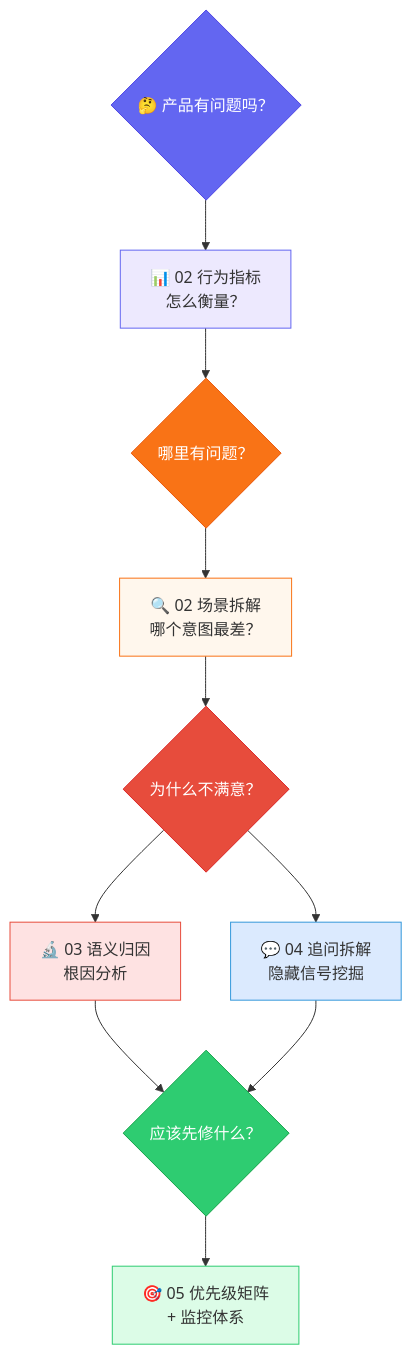
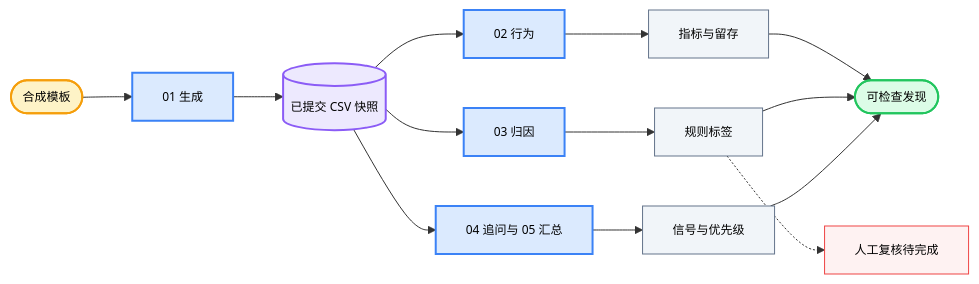
Before and after one commit to htchn/ai-chat-analytics: the diagram in README_CN.md, drawn with Mermaid. The commit also changed other lines of this file and 7 other files, not shown here.

````diff
--- a/README_CN.md
+++ b/README_CN.md
@@ -25,23 +114,21 @@
 ```mermaid
-graph TD
-    Q0{"🤔 产品有问题吗？"}
-    Q0 --> M["📊 02 行为指标<br/>怎么衡量？"]
-    M --> Q1{"哪里有问题？"}
-    Q1 --> S["🔍 02 场景拆解<br/>哪个意图最差？"]
-    S --> Q2{"为什么不满意？"}
-    Q2 --> A["🔬 03 语义归因<br/>根因分析"]
-    Q2 --> F["💬 04 追问拆解<br/>隐藏信号挖掘"]
-    A --> Q3{"应该先修什么？"}
-    F --> Q3
-    Q3 --> R["🎯 05 优先级矩阵<br/>+ 监控体系"]
+flowchart LR
+    A([合成模板]) --> B[01 生成] --> C[(已提交 CSV 快照)]
 
-    style Q0 fill:#6366f1,stroke:#4f46e5,color:#fff
-    style Q1 fill:#f97316,stroke:#ea580c,color:#fff
-    style Q2 fill:#e74c3c,stroke:#dc2626,color:#fff
-    style Q3 fill:#2ecc71,stroke:#16a34a,color:#fff
-    style M fill:#ede9fe,stroke:#6366f1,color:#333
-    style S fill:#fff7ed,stroke:#f97316,color:#333
-    style A fill:#fee2e2,stroke:#e74c3c,color:#333
-    style F fill:#dbeafe,stroke:#3498db,color:#333
-    style R fill:#dcfce7,stroke:#2ecc71,color:#333
+    C --> D[02 行为] --> E[指标与留存] --> L([可检查发现])
+    C --> F[03 归因] --> G[规则标签] --> L
+    G -.-> H[人工复核待完成]
+    C --> I[04 追问与 05 汇总] --> J[信号与优先级] --> L
+
+    style A fill:#FEF3C7,stroke:#F59E0B,stroke-width:2px,color:#000,font-size:12px
+    style B fill:#DBEAFE,stroke:#3B82F6,stroke-width:2px,color:#000,font-size:12px
+    style C fill:#EDE9FE,stroke:#8B5CF6,stroke-width:2px,color:#000,font-size:12px
+    style D fill:#DBEAFE,stroke:#3B82F6,stroke-width:2px,color:#000,font-size:12px
+    style E fill:#F1F5F9,stroke:#64748B,stroke-width:1px,color:#000,font-size:12px
+    style F fill:#DBEAFE,stroke:#3B82F6,stroke-width:2px,color:#000,font-size:12px
+    style G fill:#F1F5F9,stroke:#64748B,stroke-width:1px,color:#000,font-size:12px
+    style H fill:#FEF2F2,stroke:#EF4444,stroke-width:1px,color:#000,font-size:12px
+    style I fill:#DBEAFE,stroke:#3B82F6,stroke-width:2px,color:#000,font-size:12px
+    style J fill:#F1F5F9,stroke:#64748B,stroke-width:1px,color:#000,font-size:12px
+    style L fill:#DCFCE7,stroke:#22C55E,stroke-width:2px,color:#000,font-size:12px
 ```
````
